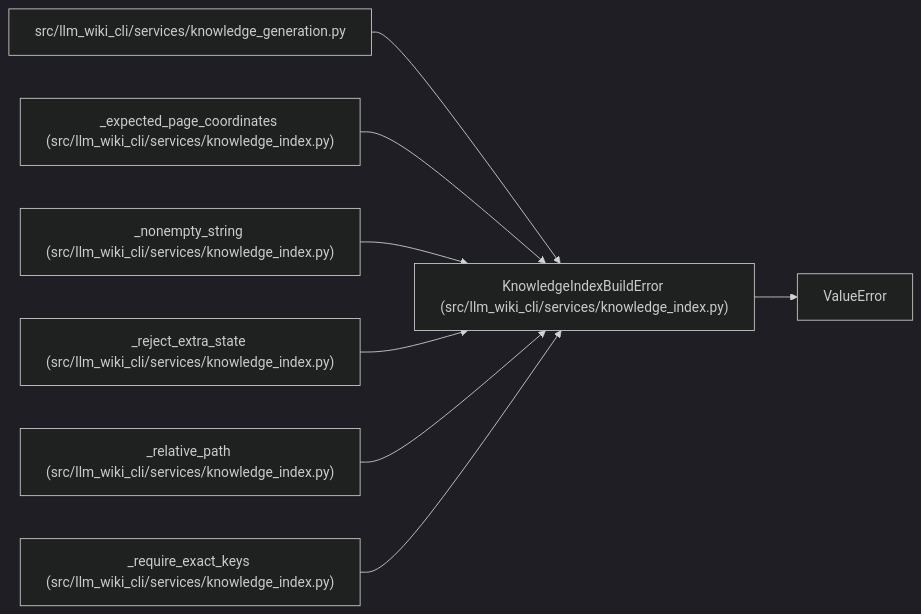
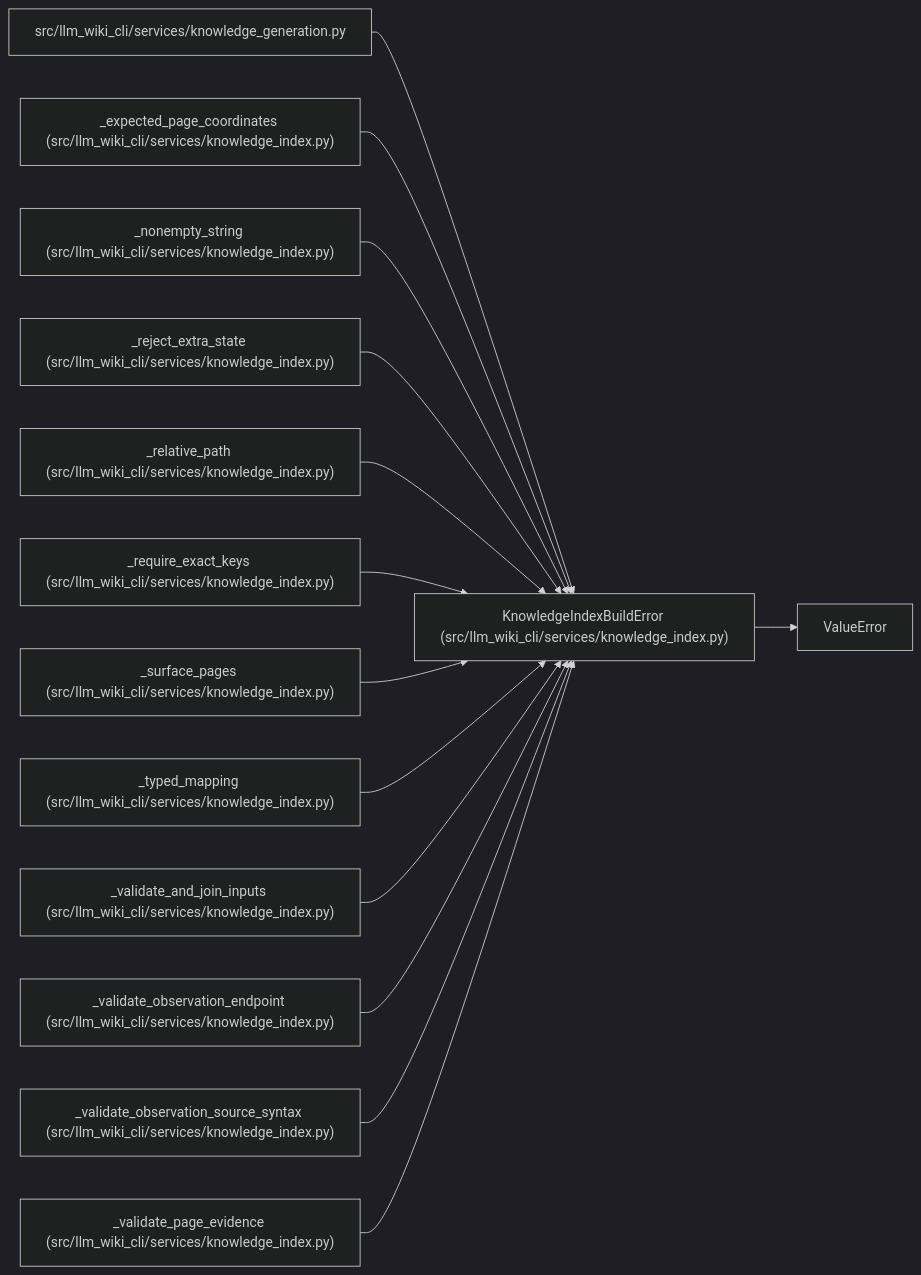
One commit to Denissvgn/python-wiki-llm changed the diagram in docs/llm_wiki/entities/KnowledgeIndexBuildError.md. Above: the diagram before and after it, drawn with Mermaid (dark theme). The commit also changed other lines of this file and 493 other files, not shown here.

````diff
--- a/docs/llm_wiki/entities/KnowledgeIndexBuildError.md
+++ b/docs/llm_wiki/entities/KnowledgeIndexBuildError.md
@@ -25,25 +25,43 @@
 ```mermaid
 flowchart LR
     n0["KnowledgeIndexBuildError (src/llm_wiki_cli/services/knowledge_index.py)"]
     n1["ValueError"]
     n2["src/llm_wiki_cli/services/knowledge_generation.py"]
     n3["_expected_page_coordinates (src/llm_wiki_cli/services/knowledge_index.py)"]
     n4["_nonempty_string (src/llm_wiki_cli/services/knowledge_index.py)"]
     n5["_reject_extra_state (src/llm_wiki_cli/services/knowledge_index.py)"]
     n6["_relative_path (src/llm_wiki_cli/services/knowledge_index.py)"]
     n7["_require_exact_keys (src/llm_wiki_cli/services/knowledge_index.py)"]
+    n8["_surface_pages (src/llm_wiki_cli/services/knowledge_index.py)"]
+    n9["_typed_mapping (src/llm_wiki_cli/services/knowledge_index.py)"]
+    n10["_validate_and_join_inputs (src/llm_wiki_cli/services/knowledge_index.py)"]
+    n11["_validate_observation_endpoint (src/llm_wiki_cli/services/knowledge_index.py)"]
+    n12["_validate_observation_source_syntax (src/llm_wiki_cli/services/knowledge_index.py)"]
+    n13["_validate_page_evidence (src/llm_wiki_cli/services/knowledge_index.py)"]
     n0 --> n1
     n2 --> n0
     n3 --> n0
     n4 --> n0
     n5 --> n0
     n6 --> n0
     n7 --> n0
+    n8 --> n0
+    n9 --> n0
+    n10 --> n0
+    n11 --> n0
+    n12 --> n0
+    n13 --> n0
     click n0 "../modules/knowledge_index.md"
     click n2 "../modules/knowledge_generation.md"
     click n3 "../modules/knowledge_index.md"
     click n4 "../modules/knowledge_index.md"
     click n5 "../modules/knowledge_index.md"
     click n6 "../modules/knowledge_index.md"
     click n7 "../modules/knowledge_index.md"
+    click n8 "../modules/knowledge_index.md"
+    click n9 "../modules/knowledge_index.md"
+    click n10 "../modules/knowledge_index.md"
+    click n11 "../modules/knowledge_index.md"
+    click n12 "../modules/knowledge_index.md"
+    click n13 "../modules/knowledge_index.md"
 ```
````
